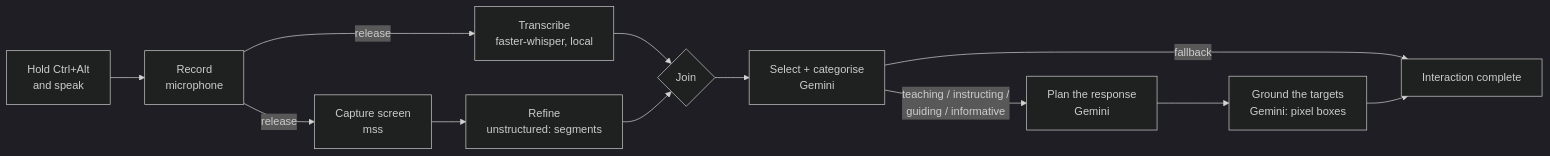
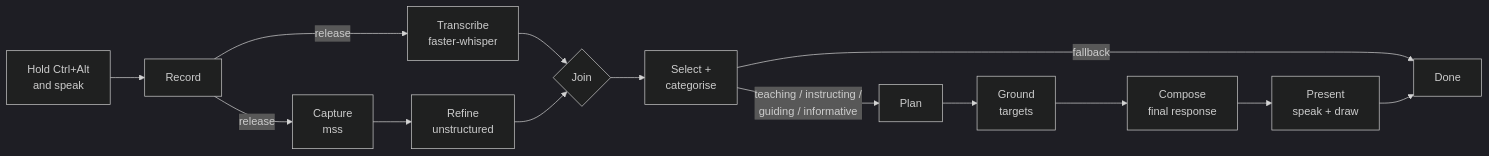
Before and after one commit to atirek-pro/HeyArro: the diagram in README.md, drawn with Mermaid (dark theme). The commit also changed other lines of this file, not shown here.

````diff
--- a/README.md
+++ b/README.md
@@ -48,14 +53,16 @@
 ```mermaid
 flowchart LR
-    A[Hold Ctrl+Alt<br/>and speak] --> B[Record<br/>microphone]
-    B -->|release| C[Transcribe<br/>faster-whisper, local]
-    B -->|release| D[Capture screen<br/>mss]
-    D --> E[Refine<br/>unstructured: segments]
+    A[Hold Ctrl+Alt<br/>and speak] --> B[Record]
+    B -->|release| C[Transcribe<br/>faster-whisper]
+    B -->|release| D[Capture<br/>mss]
+    D --> E[Refine<br/>unstructured]
     C --> F{Join}
     E --> F
-    F --> G[Select + categorise<br/>Gemini]
-    G -->|fallback| Z[Interaction complete]
-    G -->|teaching / instructing /<br/>guiding / informative| H[Plan the response<br/>Gemini]
-    H --> I[Ground the targets<br/>Gemini: pixel boxes]
-    I --> Z
+    F --> G[Select +<br/>categorise]
+    G -->|fallback| Z[Done]
+    G -->|teaching / instructing /<br/>guiding / informative| H[Plan]
+    H --> I[Ground<br/>targets]
+    I --> J[Compose<br/>final response]
+    J --> K[Present<br/>speak + draw]
+    K --> Z
 ```
````
